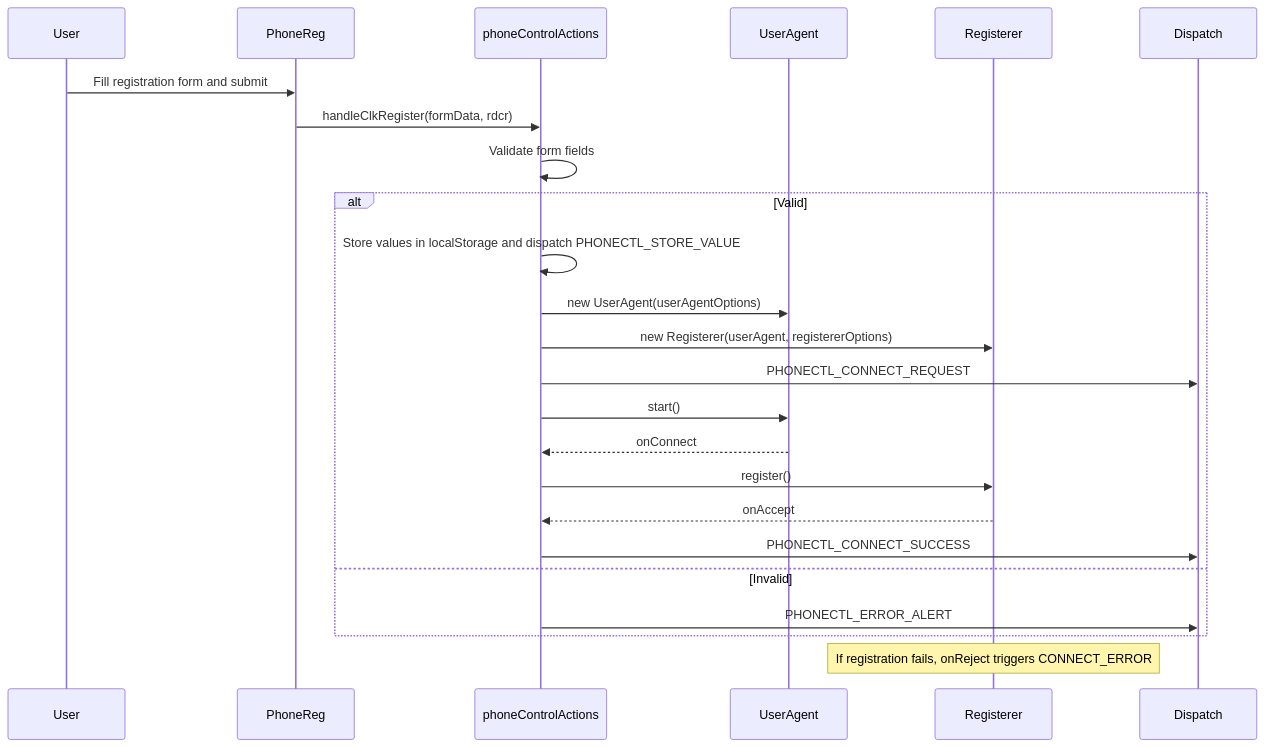
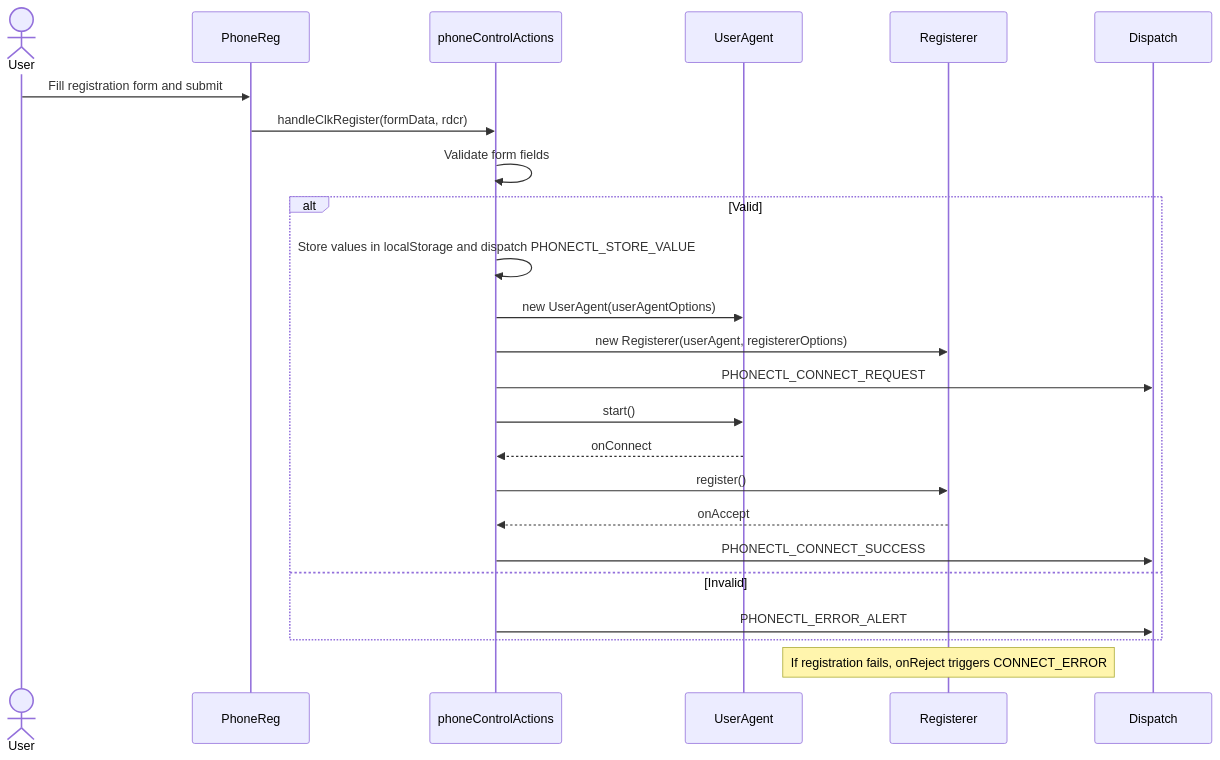
One commit to ars-anosov/sipjs-react changed the second of 5 diagrams in phone/README.md. Above: the diagram before and after it, drawn with Mermaid. The commit also changed other lines of this file, not shown here.

````diff
--- a/phone/README.md
+++ b/phone/README.md
@@ -44,27 +44,27 @@
 ```mermaid
 sequenceDiagram
-    participant User
-    participant PhoneReg
-    participant Action as phoneControlActions
-    participant UserAgent
-    participant Registerer
-    participant Dispatch
+  actor User
+  participant PhoneReg
+  participant Action as phoneControlActions
+  participant UserAgent
+  participant Registerer
+  participant Dispatch
 
-    User->>PhoneReg: Fill registration form and submit
-    PhoneReg->>Action: handleClkRegister(formData, rdcr)
-    Action->>Action: Validate form fields
-    alt Valid
-        Action->>Action: Store values in localStorage and dispatch PHONECTL_STORE_VALUE
-        Action->>UserAgent: new UserAgent(userAgentOptions)
-        Action->>Registerer: new Registerer(userAgent, registererOptions)
-        Action->>Dispatch: PHONECTL_CONNECT_REQUEST
-        Action->>UserAgent: start()
-        UserAgent-->>Action: onConnect
-        Action->>Registerer: register()
-        Registerer-->>Action: onAccept
-        Action->>Dispatch: PHONECTL_CONNECT_SUCCESS
-    else Invalid
-        Action->>Dispatch: PHONECTL_ERROR_ALERT
-    end
-    Note over Registerer: If registration fails, onReject triggers CONNECT_ERROR
+  User->>PhoneReg: Fill registration form and submit
+  PhoneReg->>Action: handleClkRegister(formData, rdcr)
+  Action->>Action: Validate form fields
+  alt Valid
+    Action->>Action: Store values in localStorage and dispatch PHONECTL_STORE_VALUE
+    Action->>UserAgent: new UserAgent(userAgentOptions)
+    Action->>Registerer: new Registerer(userAgent, registererOptions)
+    Action->>Dispatch: PHONECTL_CONNECT_REQUEST
+    Action->>UserAgent: start()
+    UserAgent-->>Action: onConnect
+    Action->>Registerer: register()
+    Registerer-->>Action: onAccept
+    Action->>Dispatch: PHONECTL_CONNECT_SUCCESS
+  else Invalid
+      Action->>Dispatch: PHONECTL_ERROR_ALERT
+  end
+  Note over Registerer: If registration fails, onReject triggers CONNECT_ERROR
 ```
````
